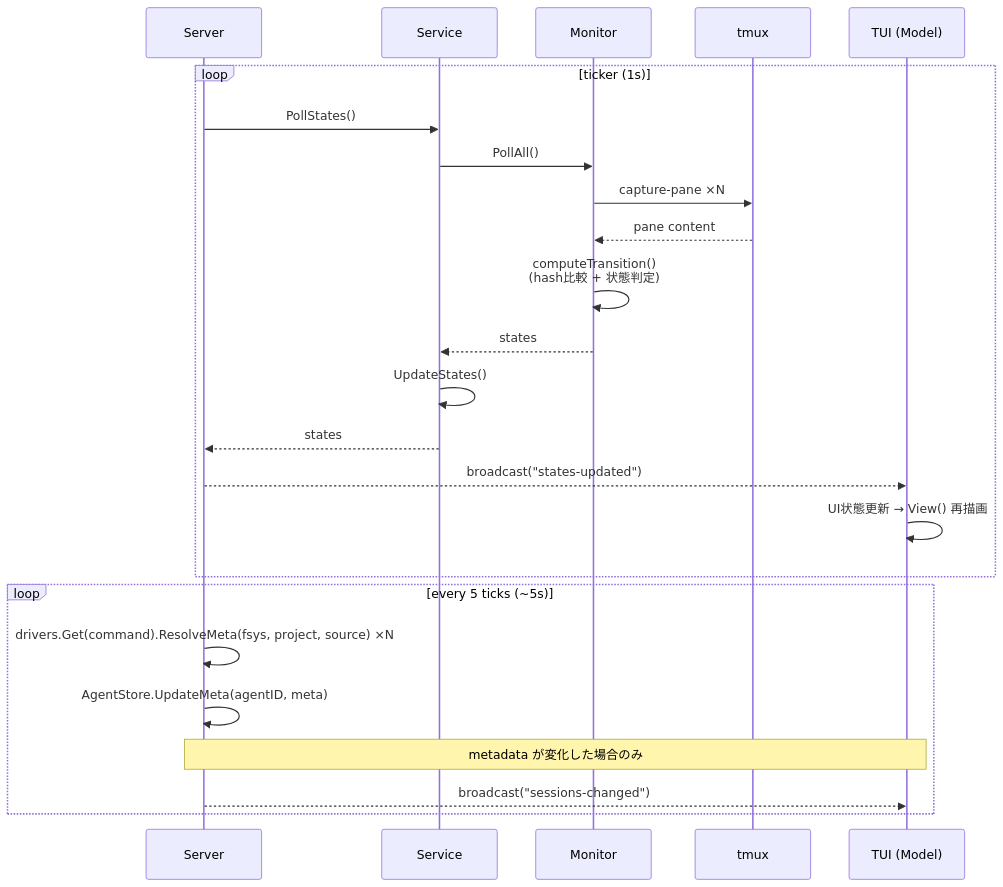
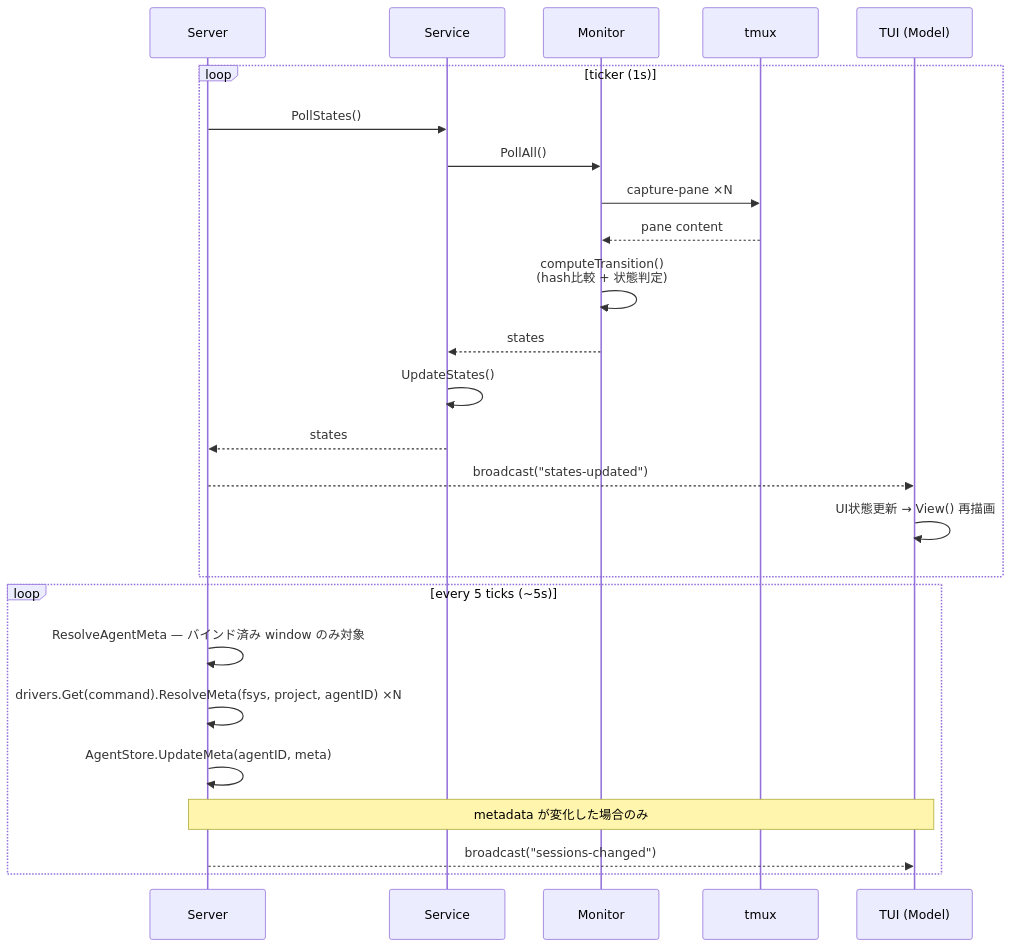
The fourth of 5 diagrams in ARCHITECTURE.md (takezoh/agent-roost), drawn with Mermaid before and after one commit. The commit also changed other lines of this file and 10 other files, not shown here.

````diff
--- a/ARCHITECTURE.md
+++ b/ARCHITECTURE.md
@@ -414,28 +416,29 @@
 ```mermaid
 sequenceDiagram
     participant S as Server
     participant Svc as Service
     participant Mon as Monitor
     participant T as tmux
     participant M as TUI (Model)
 
     loop ticker (1s)
         S->>Svc: PollStates()
         Svc->>Mon: PollAll()
         Mon->>T: capture-pane ×N
         T-->>Mon: pane content
         Mon->>Mon: computeTransition()<br/>(hash比較 + 状態判定)
         Mon-->>Svc: states
         Svc->>Svc: UpdateStates()
         Svc-->>S: states
         S-->>M: broadcast("states-updated")
         M->>M: UI状態更新 → View() 再描画
     end
 
     loop every 5 ticks (~5s)
-        S->>S: drivers.Get(command).ResolveMeta(fsys, project, source) ×N
+        S->>S: ResolveAgentMeta — バインド済み window のみ対象
+        S->>S: drivers.Get(command).ResolveMeta(fsys, project, agentID) ×N
         S->>S: AgentStore.UpdateMeta(agentID, meta)
         Note over S,M: metadata が変化した場合のみ
         S-->>M: broadcast("sessions-changed")
     end
 ```
````
